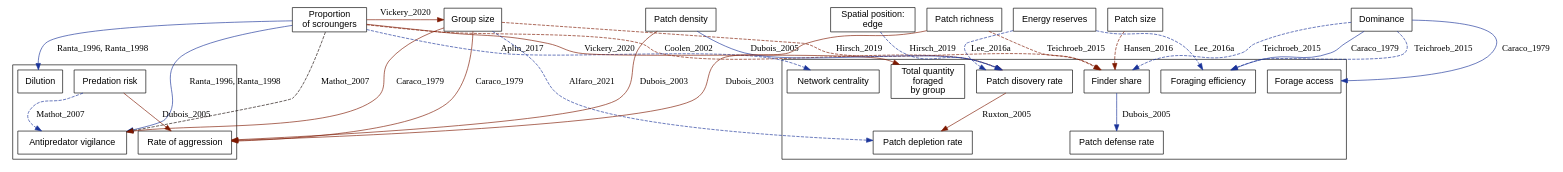
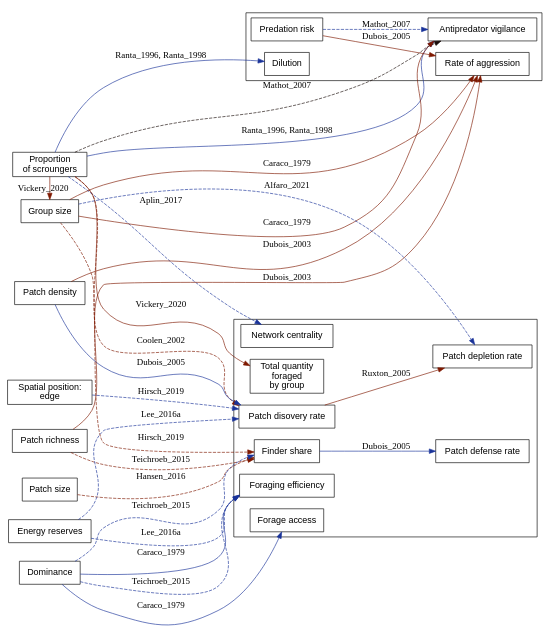
The diagram in gv/group-level-effects.gv (robitalec/comprehensive-exam), drawn with Graphviz before and after one commit.

```diff
--- a/gv/group-level-effects.gv
+++ b/gv/group-level-effects.gv
@@ -1,7 +1,7 @@
 digraph decision_tree {
 
   graph [fontsize = 12]
-  rankdir = TB
+  rankdir = LR
 	node [shape = box, fontname = Helvetica]
 
 	// Ranks ---------------------------------------------------
@@ -9,7 +9,6 @@
 		prop_scroung [label = "Proportion \n of scroungers"]
 		group_size [label = "Group size"]
 	}
-
 
 	subgraph cluster_risk {
 
@@ -35,6 +34,7 @@
 		patch_defend [label = "Patch defense rate"]
 
 		tot_food [label = "Total quantity \n foraged \n by group"]
+
 
 	}
 
```
